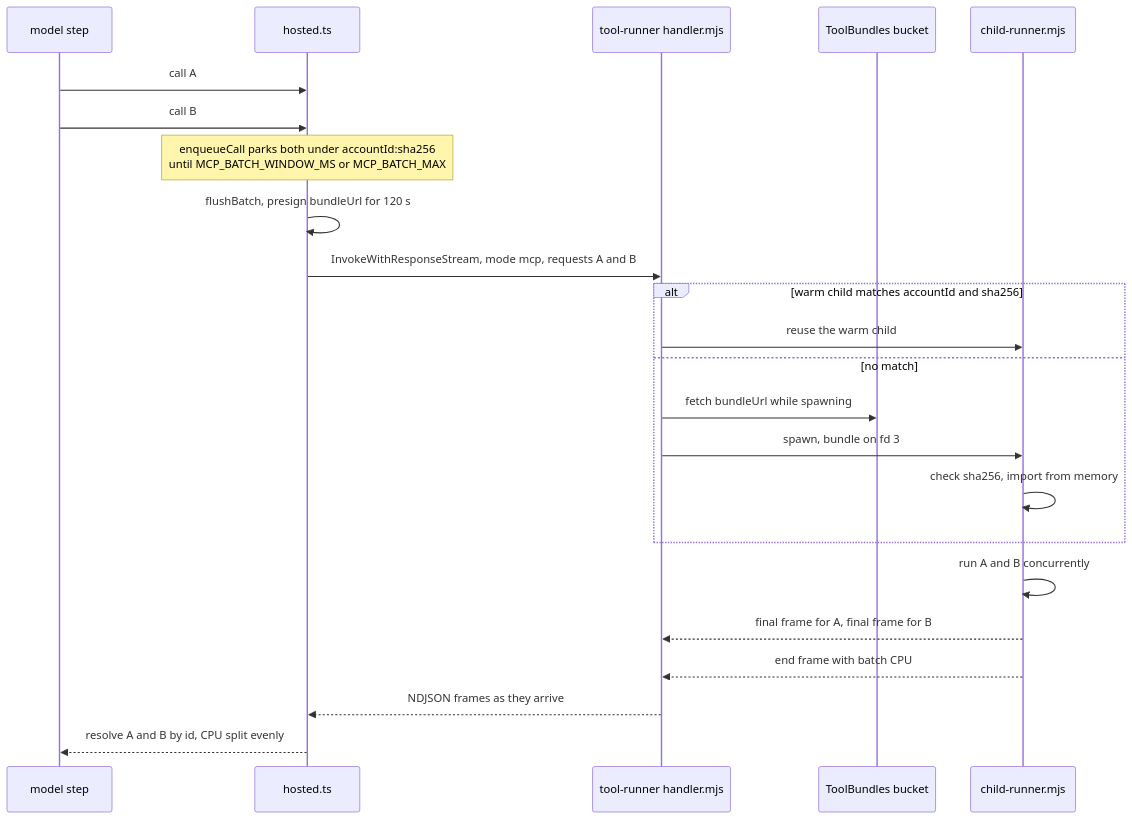
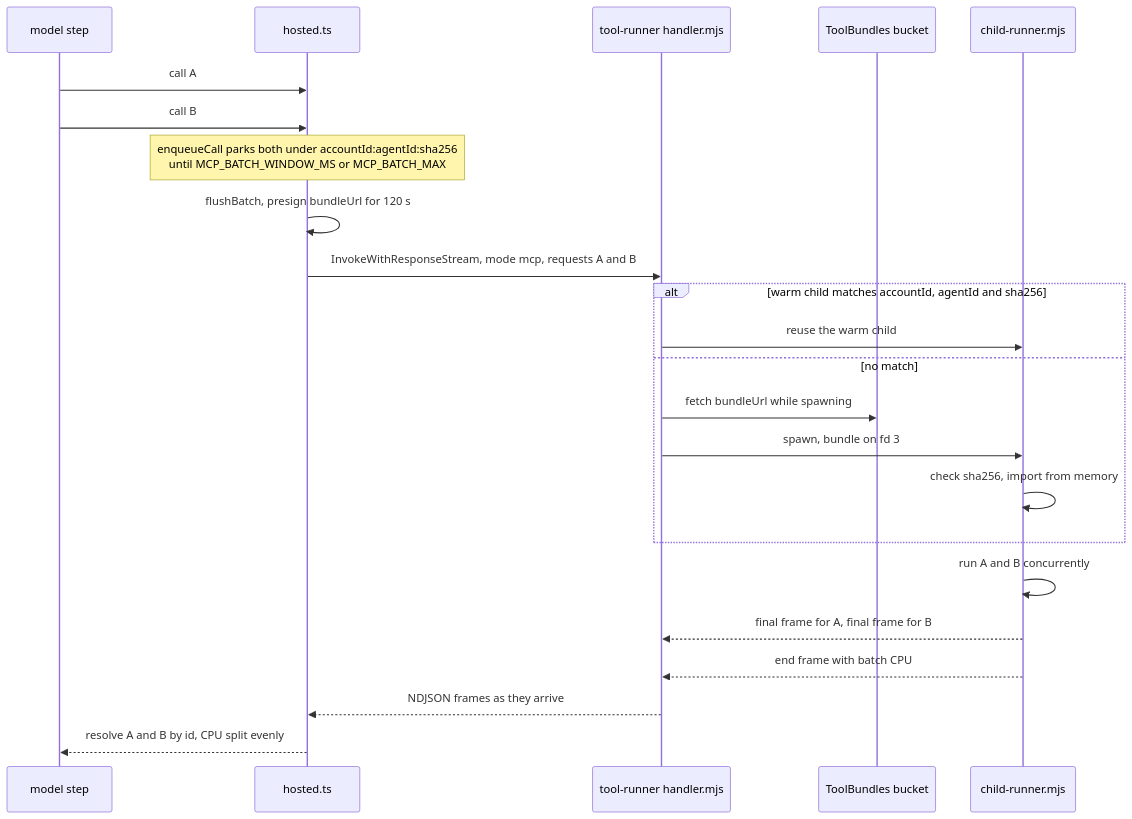
One commit to beeblastco/broods changed the second of 2 diagrams in apps/docs/docs/internals/tools-and-mcp.md. Above: the diagram before and after it, drawn with Mermaid. The commit also changed other lines of this file and 6 other files, not shown here.

First line of the commit message:
feat(core,lambda): key hosted MCP children and tenancy per agent

````diff
--- a/apps/docs/docs/internals/tools-and-mcp.md
+++ b/apps/docs/docs/internals/tools-and-mcp.md
@@ -95,26 +95,26 @@
 ```mermaid
 sequenceDiagram
   participant M as model step
   participant H as hosted.ts
   participant L as tool-runner handler.mjs
   participant S3 as ToolBundles bucket
   participant C as child-runner.mjs
 
   M->>H: call A
   M->>H: call B
-  Note over H: enqueueCall parks both under accountId:sha256<br/>until MCP_BATCH_WINDOW_MS or MCP_BATCH_MAX
+  Note over H: enqueueCall parks both under accountId:agentId:sha256<br/>until MCP_BATCH_WINDOW_MS or MCP_BATCH_MAX
   H->>H: flushBatch, presign bundleUrl for 120 s
   H->>L: InvokeWithResponseStream, mode mcp, requests A and B
-  alt warm child matches accountId and sha256
+  alt warm child matches accountId, agentId and sha256
     L->>C: reuse the warm child
   else no match
     L->>S3: fetch bundleUrl while spawning
     L->>C: spawn, bundle on fd 3
     C->>C: check sha256, import from memory
   end
   C->>C: run A and B concurrently
   C-->>L: final frame for A, final frame for B
   C-->>L: end frame with batch CPU
   L-->>H: NDJSON frames as they arrive
   H-->>M: resolve A and B by id, CPU split evenly
 ```
````
